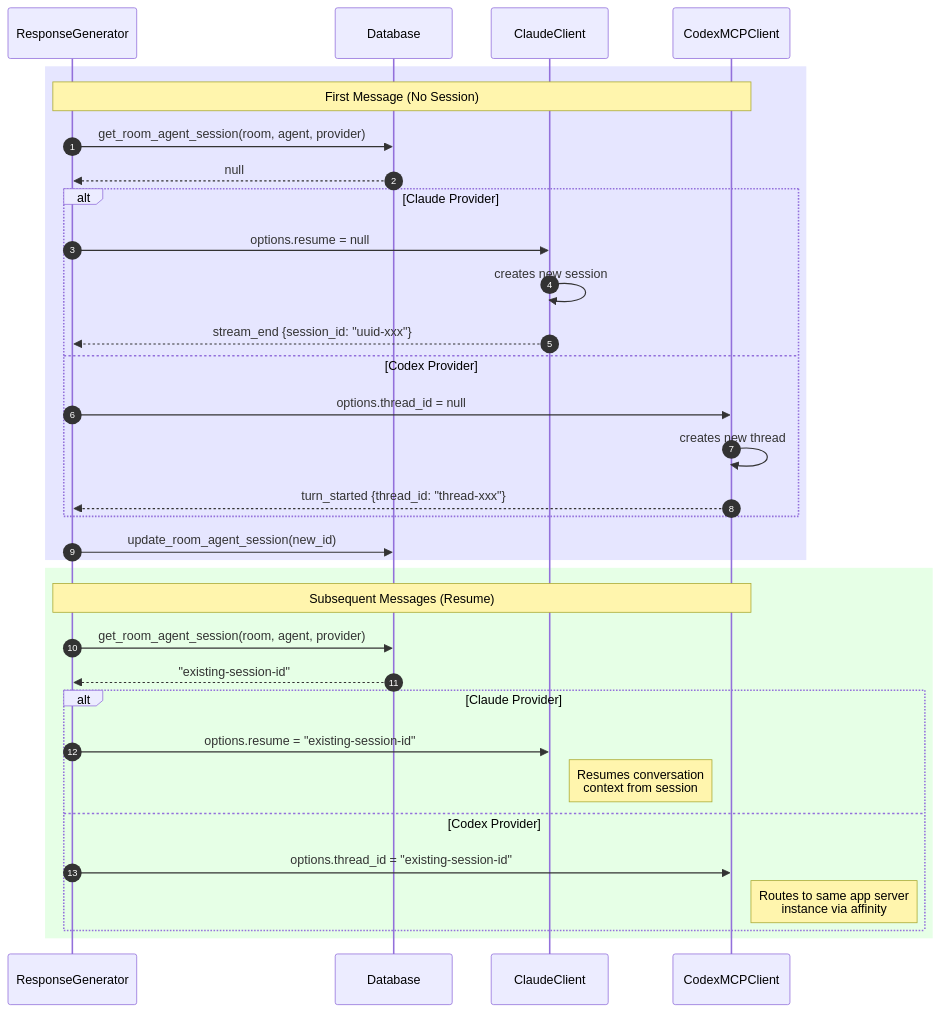
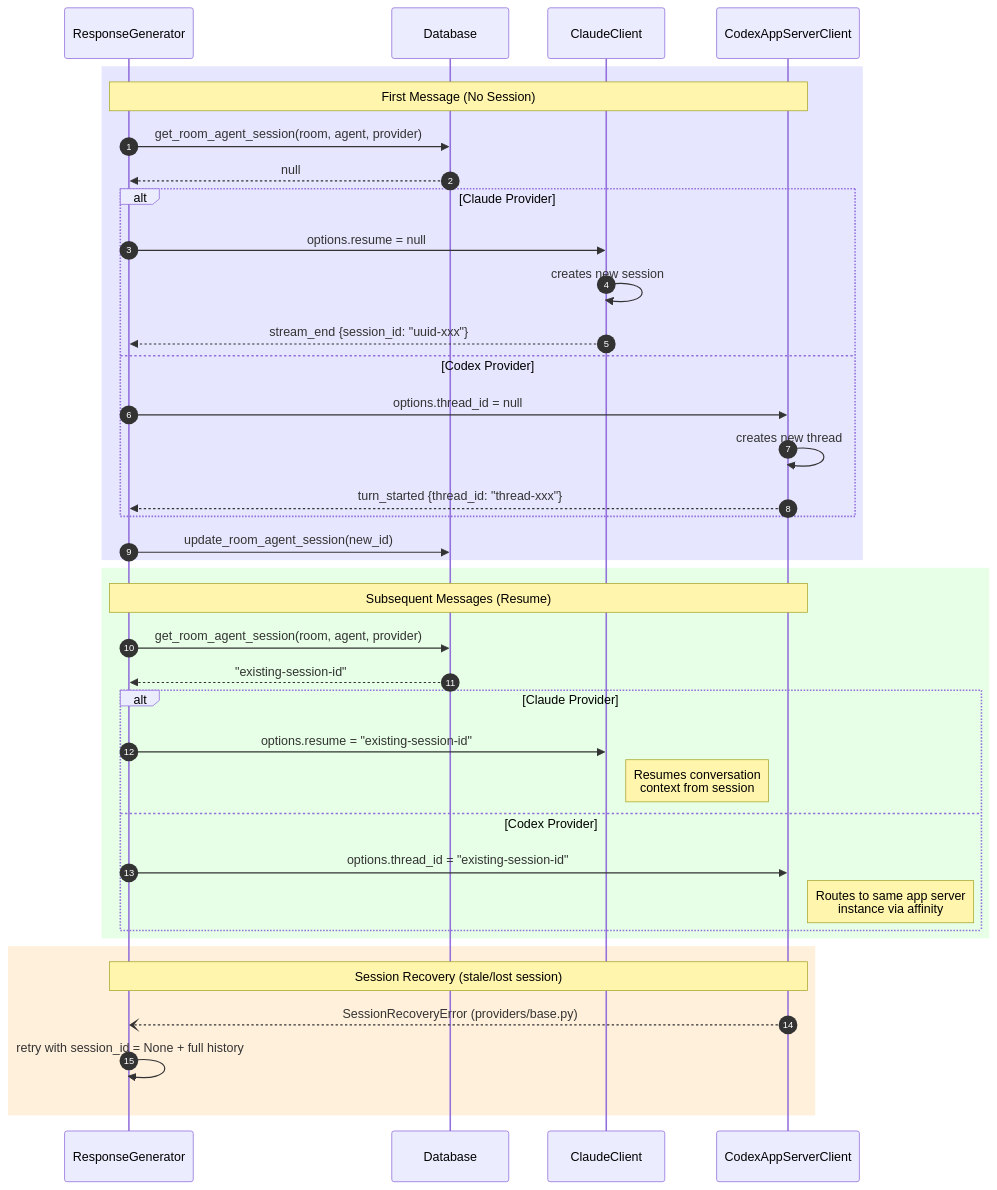
The fifth of 5 diagrams in docs/sequence-diagrams.md (sorryhyun/chitchats-public), drawn with Mermaid before and after one commit. The commit also changed other lines of this file and 8 other files, not shown here.

````diff
--- a/docs/sequence-diagrams.md
+++ b/docs/sequence-diagrams.md
@@ -234,40 +322,46 @@
 ```mermaid
 sequenceDiagram
     autonumber
     participant RG as ResponseGenerator
     participant DB as Database
     participant Claude as ClaudeClient
-    participant Codex as CodexMCPClient
+    participant Codex as CodexAppServerClient
 
     rect rgb(230, 230, 255)
         Note over RG,Codex: First Message (No Session)
         RG->>DB: get_room_agent_session(room, agent, provider)
         DB-->>RG: null
 
         alt Claude Provider
             RG->>Claude: options.resume = null
             Claude->>Claude: creates new session
             Claude-->>RG: stream_end {session_id: "uuid-xxx"}
         else Codex Provider
             RG->>Codex: options.thread_id = null
             Codex->>Codex: creates new thread
             Codex-->>RG: turn_started {thread_id: "thread-xxx"}
         end
 
         RG->>DB: update_room_agent_session(new_id)
     end
 
     rect rgb(230, 255, 230)
         Note over RG,Codex: Subsequent Messages (Resume)
         RG->>DB: get_room_agent_session(room, agent, provider)
         DB-->>RG: "existing-session-id"
 
         alt Claude Provider
             RG->>Claude: options.resume = "existing-session-id"
             Note right of Claude: Resumes conversation<br/>context from session
         else Codex Provider
             RG->>Codex: options.thread_id = "existing-session-id"
             Note right of Codex: Routes to same app server<br/>instance via affinity
         end
     end
+
+    rect rgb(255, 240, 220)
+        Note over RG,Codex: Session Recovery (stale/lost session)
+        Codex--)RG: SessionRecoveryError (providers/base.py)
+        RG->>RG: retry with session_id = None + full history
+    end
 ```
````
